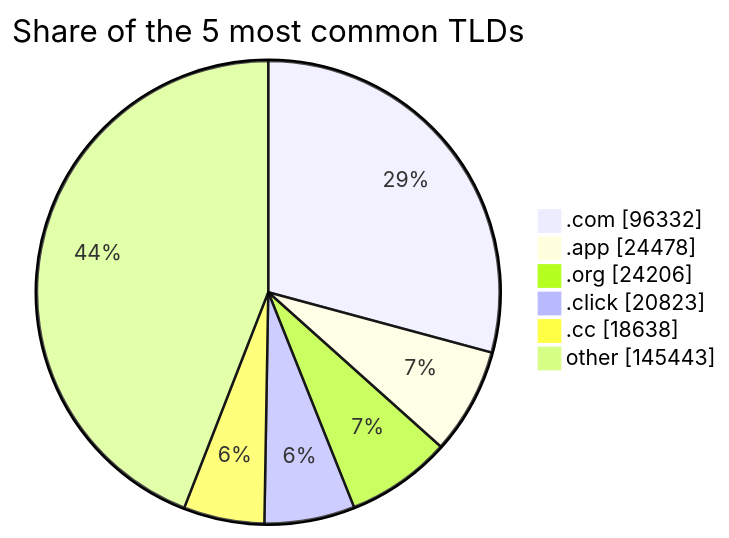
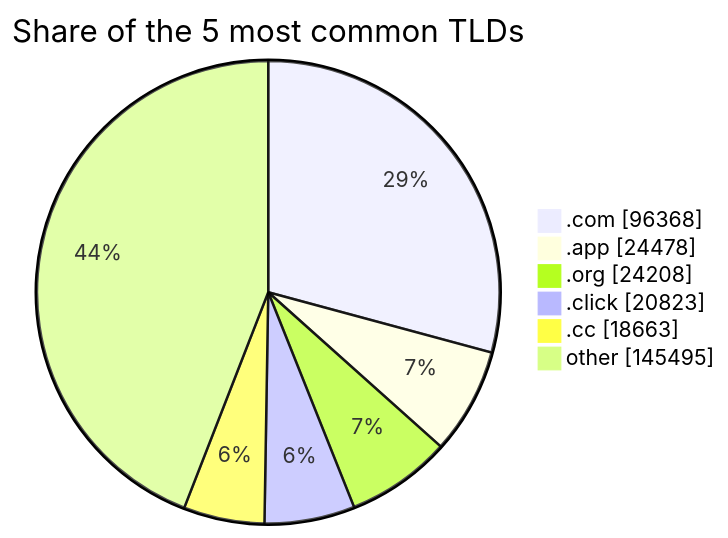
The third of 3 diagrams in README.md (DNSBunker/CTI), drawn with Mermaid before and after one commit. The commit also changed other lines of this file and 4 other files, not shown here.

````diff
--- a/README.md
+++ b/README.md
@@ -81,9 +81,9 @@
 ```mermaid
 pie showData title Share of the 5 most common TLDs
-    ".com" : 96332
+    ".com" : 96368
     ".app" : 24478
-    ".org" : 24206
+    ".org" : 24208
     ".click" : 20823
-    ".cc" : 18638
-    "other" : 145443
+    ".cc" : 18663
+    "other" : 145495
 ```
````
